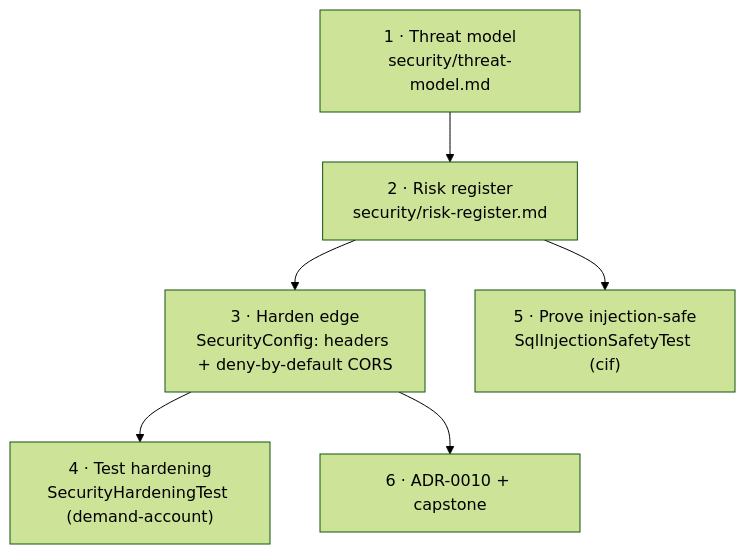
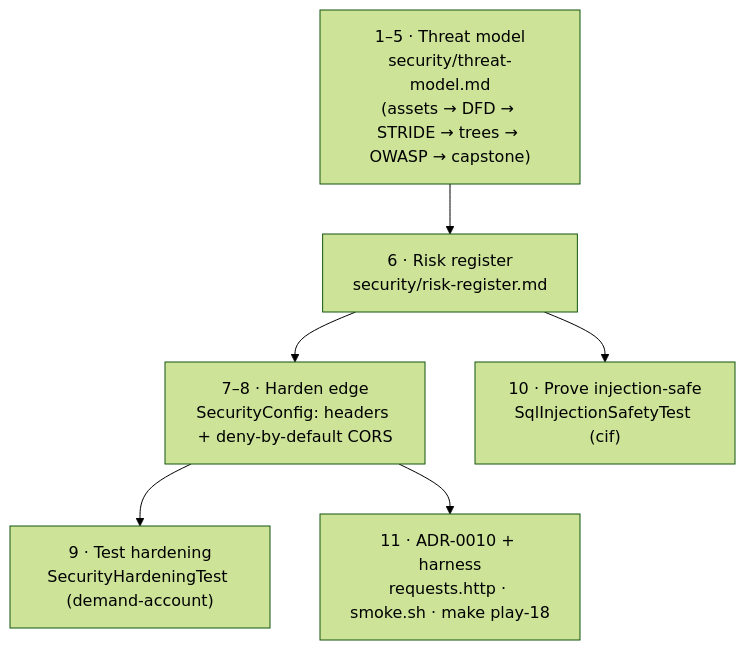
The second of 3 diagrams in steps/step-18/lesson.md (ramishtaha/build-a-bank), drawn with Mermaid (forest theme) before and after one commit. The commit also changed other lines of this file and 3 other files, not shown here.

````diff
--- a/steps/step-18/lesson.md
+++ b/steps/step-18/lesson.md
@@ -187,8 +231,8 @@
 ```mermaid
 flowchart TD
-    A["1 · Threat model\nsecurity/threat-model.md"] --> B["2 · Risk register\nsecurity/risk-register.md"]
-    B --> C["3 · Harden edge\nSecurityConfig: headers + deny-by-default CORS"]
-    C --> D["4 · Test hardening\nSecurityHardeningTest (demand-account)"]
-    B --> E["5 · Prove injection-safe\nSqlInjectionSafetyTest (cif)"]
-    C --> F["6 · ADR-0010 + capstone"]
+    A["1–5 · Threat model\nsecurity/threat-model.md\n(assets → DFD → STRIDE → trees → OWASP → capstone)"] --> B["6 · Risk register\nsecurity/risk-register.md"]
+    B --> C["7–8 · Harden edge\nSecurityConfig: headers + deny-by-default CORS"]
+    C --> D["9 · Test hardening\nSecurityHardeningTest (demand-account)"]
+    B --> E["10 · Prove injection-safe\nSqlInjectionSafetyTest (cif)"]
+    C --> F["11 · ADR-0010 + harness\nrequests.http · smoke.sh · make play-18"]
 ```
````
